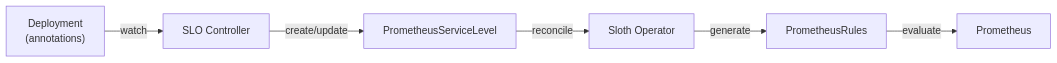
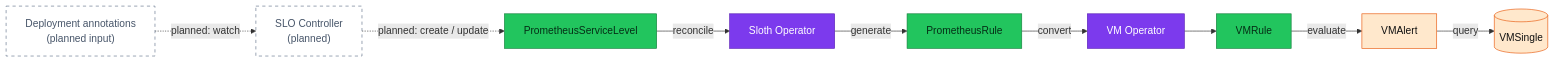
Before and after one commit to duynhlab/homelab: the diagram in docs/observability/slo/annotation-driven-slo-controller.md, drawn with Mermaid. The commit also changed other lines of this file and 33 other files, not shown here.

First line of the commit message:
Refresh observability diagrams (#516)

````diff
--- a/docs/observability/slo/annotation-driven-slo-controller.md
+++ b/docs/observability/slo/annotation-driven-slo-controller.md
@@ -17,8 +17,28 @@
 ```mermaid
 flowchart LR
-    A["Deployment<br/>(annotations)"] -->|watch| B["SLO Controller"]
-    B -->|create/update| C["PrometheusServiceLevel"]
-    C -->|reconcile| D["Sloth Operator"]
-    D -->|generate| E["PrometheusRules"]
-    E -->|evaluate| F["Prometheus"]
+    deployment["Deployment annotations<br/>(planned input)"]
+    controller["SLO Controller<br/>(planned)"]
+    psl["PrometheusServiceLevel"]
+    sloth["Sloth Operator"]
+    promRule["PrometheusRule"]
+    vmop["VM Operator"]
+    vmRule["VMRule"]
+    vmAlert["VMAlert"]
+    vmSingle[("VMSingle")]
+
+    deployment -.->|"planned: watch"| controller
+    controller -.->|"planned: create / update"| psl
+    psl -->|reconcile| sloth
+    sloth -->|generate| promRule
+    promRule -->|convert| vmop --> vmRule -->|evaluate| vmAlert
+    vmAlert -->|query| vmSingle
+
+    classDef planned fill:#fff,color:#475569,stroke:#64748b,stroke-dasharray:5 5;
+    classDef data fill:#22c55e,color:#052e16,stroke:#15803d;
+    classDef platform fill:#7c3aed,color:#fff,stroke:#5b21b6;
+    classDef metric fill:#ffe8cc,color:#111,stroke:#e8590c;
+    class deployment,controller planned;
+    class psl,promRule,vmRule data;
+    class sloth,vmop platform;
+    class vmAlert,vmSingle metric;
 ```
````
